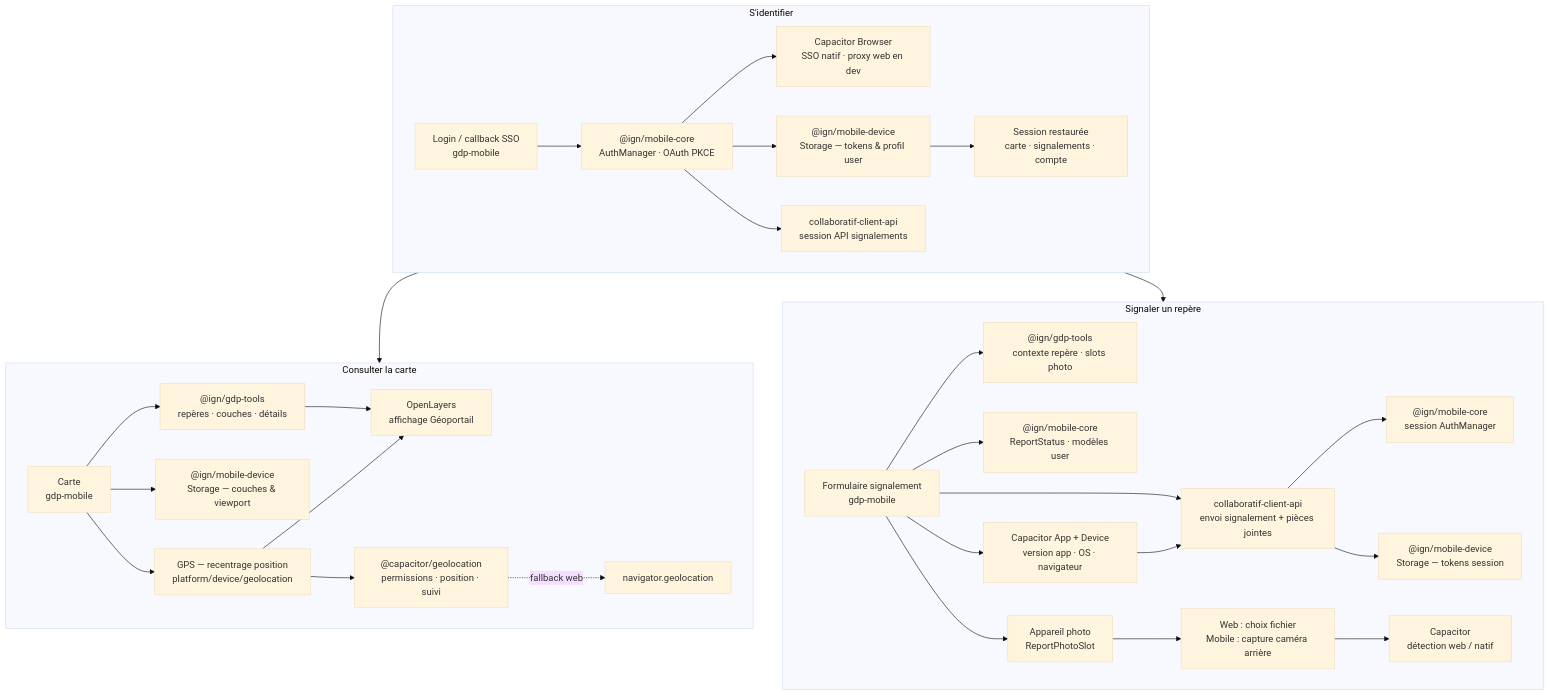
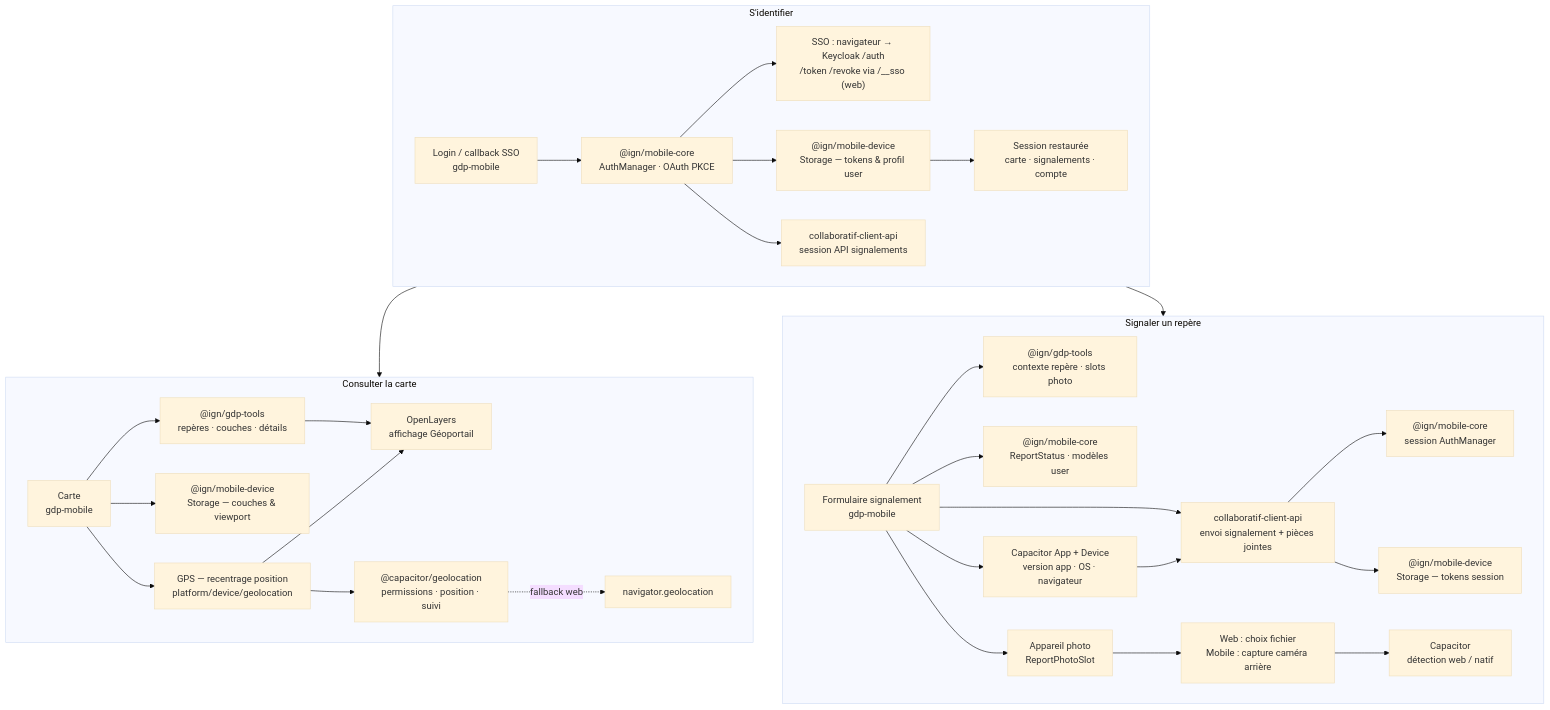
One commit to IGNF/gdp-mobile changed the second of 2 diagrams in docs/ARCHITECTURE.md. Above: the diagram before and after it, drawn with Mermaid (base theme). The commit also changed other lines of this file and 8 other files, not shown here.

````diff
--- a/docs/ARCHITECTURE.md
+++ b/docs/ARCHITECTURE.md
@@ -73,36 +73,36 @@
 ```mermaid
 flowchart TB
   subgraph identifier["S'identifier"]
     I1["Login / callback SSO<br/>gdp-mobile"] --> I2["@ign/mobile-core<br/>AuthManager · OAuth PKCE"]
-    I2 --> I3["Capacitor Browser<br/>SSO natif · proxy web en dev"]
+    I2 --> I3["SSO : navigateur → Keycloak /auth<br/>/token /revoke via /__sso (web)"]
     I2 --> I4["@ign/mobile-device<br/>Storage — tokens & profil user"]
     I4 --> I5["Session restaurée<br/>carte · signalements · compte"]
     I2 --> I6["collaboratif-client-api<br/>session API signalements"]
   end
 
   subgraph consulter["Consulter la carte"]
     A1["Carte<br/>gdp-mobile"] --> A2["@ign/gdp-tools<br/>repères · couches · détails"]
     A2 --> A3["OpenLayers<br/>affichage Géoportail"]
     A1 --> A4["@ign/mobile-device<br/>Storage — couches & viewport"]
     A1 --> A5["GPS — recentrage position<br/>platform/device/geolocation"]
     A5 --> A6["@capacitor/geolocation<br/>permissions · position · suivi"]
     A6 -.->|"fallback web"| A7["navigator.geolocation"]
     A5 --> A3
   end
 
   subgraph signaler["Signaler un repère"]
     B1["Formulaire signalement<br/>gdp-mobile"] --> B2["@ign/gdp-tools<br/>contexte repère · slots photo"]
     B1 --> B3["collaboratif-client-api<br/>envoi signalement + pièces jointes"]
     B3 --> B4["@ign/mobile-core<br/>session AuthManager"]
     B3 --> B5["@ign/mobile-device<br/>Storage — tokens session"]
     B1 --> B6["@ign/mobile-core<br/>ReportStatus · modèles user"]
     B1 --> B7["Appareil photo<br/>ReportPhotoSlot"]
     B7 --> B8["Web : choix fichier<br/>Mobile : capture caméra arrière"]
     B8 --> B9["Capacitor<br/>détection web / natif"]
     B1 --> B10["Capacitor App + Device<br/>version app · OS · navigateur"]
     B10 --> B3
   end
 
   identifier --> consulter
   identifier --> signaler
 ```
````
